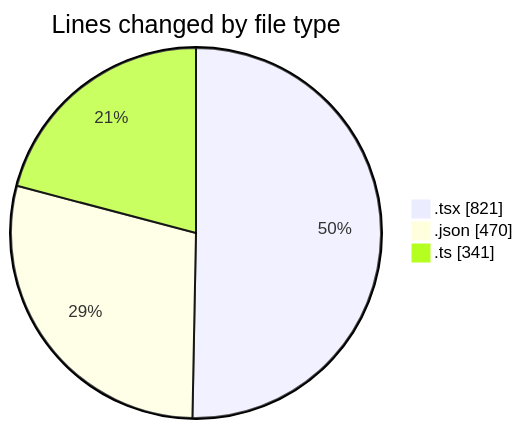
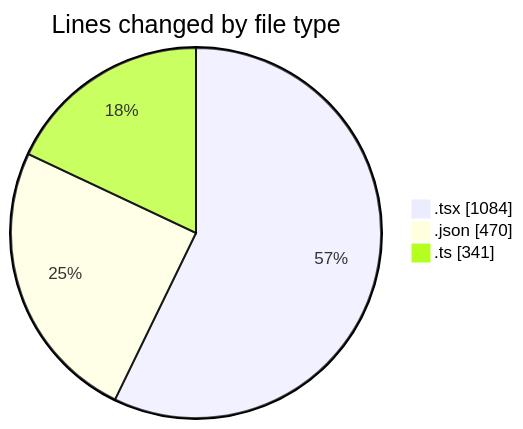
Before and after one commit to Elitesun/code-tracking: the first of 2 diagrams in 2025-04-30/niten/README.md, drawn with Mermaid. The commit also changed other lines of this file and 1 other file, not shown here.

````diff
--- a/2025-04-30/niten/README.md
+++ b/2025-04-30/niten/README.md
@@ -46,7 +46,7 @@
 ```mermaid
 pie showData
 title Lines changed by file type
-".tsx" : 821
+".tsx" : 1084
 ".json" : 470
 ".ts" : 341
 ```
````
